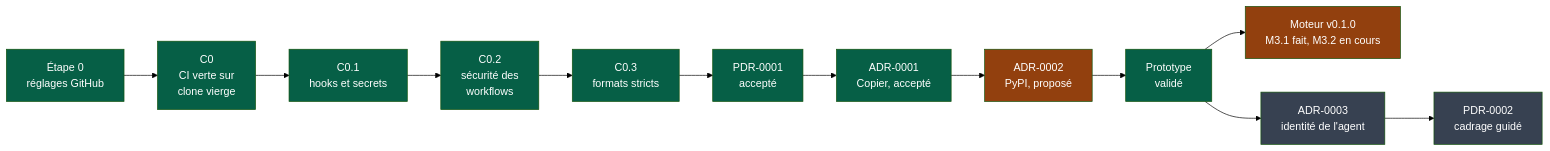
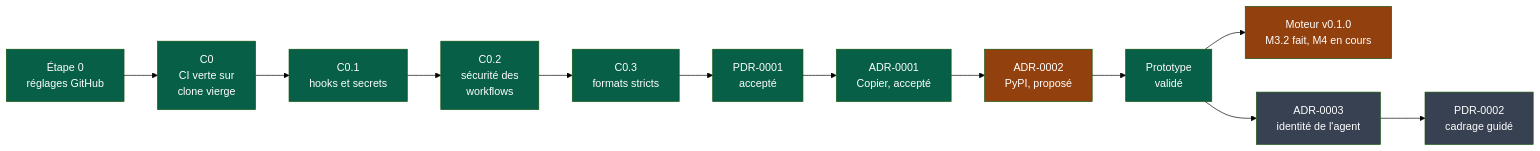
Before and after one commit to NapkinStack/engineering-os: the first of 2 diagrams in docs/governance/chantiers.md, drawn with Mermaid (forest theme). The commit also changed other lines of this file and 20 other files, not shown here.

````diff
--- a/docs/governance/chantiers.md
+++ b/docs/governance/chantiers.md
@@ -10,19 +10,19 @@
 ```mermaid
 flowchart LR
     S0["Étape 0<br/>réglages GitHub"]:::fait --> C0["C0<br/>CI verte sur<br/>clone vierge"]:::fait
     C0 --> C01["C0.1<br/>hooks et secrets"]:::fait
     C01 --> C02["C0.2<br/>sécurité des<br/>workflows"]:::fait
     C02 --> C03["C0.3<br/>formats stricts"]:::fait
     C03 --> PDR["PDR-0001<br/>accepté"]:::fait
     PDR --> A1["ADR-0001<br/>Copier, accepté"]:::fait
     A1 --> A2["ADR-0002<br/>PyPI, proposé"]:::partiel
     A2 --> PT["Prototype<br/>validé"]:::fait
-    PT --> RP["Moteur v0.1.0<br/>M3.1 fait, M3.2 en cours"]:::partiel
+    PT --> RP["Moteur v0.1.0<br/>M3.2 fait, M4 en cours"]:::partiel
     PT --> A3["ADR-0003<br/>identité de l'agent"]:::afaire
     A3 --> P2["PDR-0002<br/>cadrage guidé"]:::afaire
 
     classDef fait fill:#065f46,color:#fff
     classDef partiel fill:#92400e,color:#fff
     classDef afaire fill:#374151,color:#fff
     classDef bloque fill:#7c2d12,color:#fff
 ```
````
